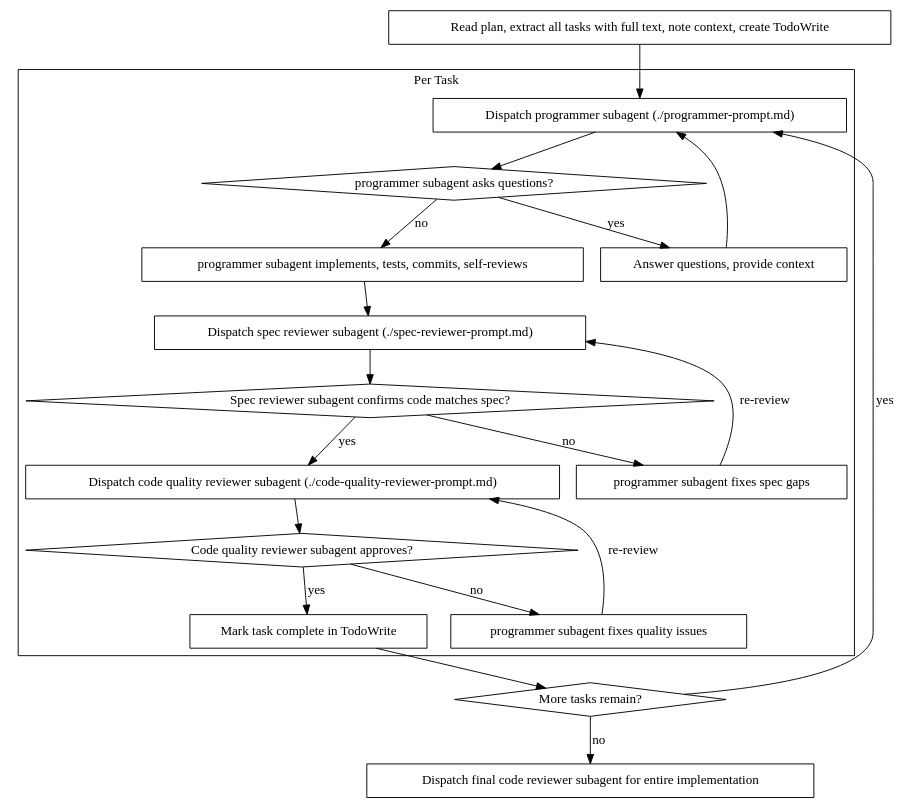
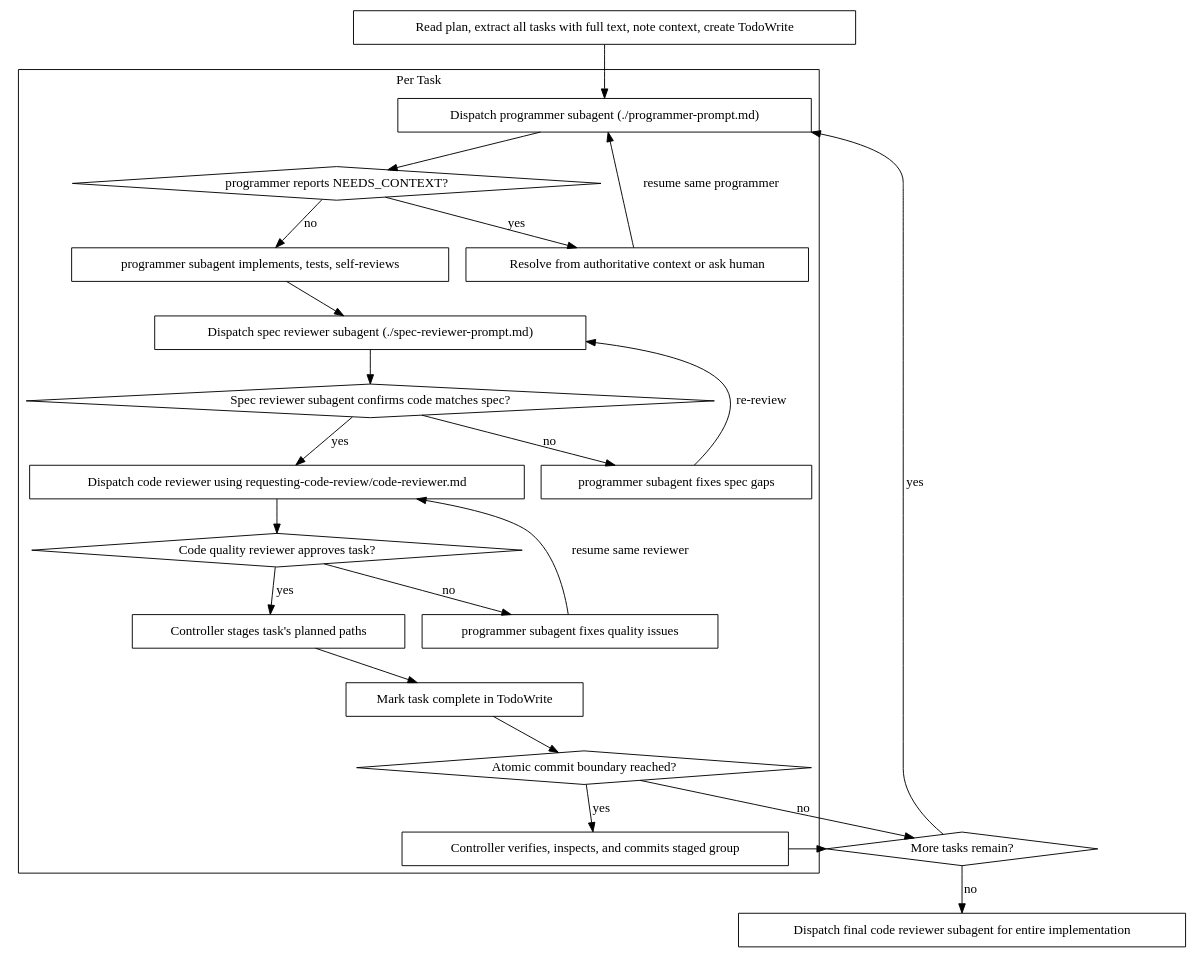
Before and after one commit to frap129/dotfiles: the second of 2 diagrams in .agents/skills/subagent-driven-development/SKILL.md, drawn with Graphviz. The commit also changed other lines of this file and 23 other files, not shown here.

Commit message:
feat(skills): Atomic commit handling in frokflow, realign to superpowers

````diff
--- a/.agents/skills/subagent-driven-development/SKILL.md
+++ b/.agents/skills/subagent-driven-development/SKILL.md
@@ -31,42 +31,49 @@
 ```dot
 digraph process {
     rankdir=TB;
 
     subgraph cluster_per_task {
         label="Per Task";
         "Dispatch programmer subagent (./programmer-prompt.md)" [shape=box];
-        "programmer subagent asks questions?" [shape=diamond];
-        "Answer questions, provide context" [shape=box];
-        "programmer subagent implements, tests, commits, self-reviews" [shape=box];
+        "programmer reports NEEDS_CONTEXT?" [shape=diamond];
+        "Resolve from authoritative context or ask human" [shape=box];
+        "programmer subagent implements, tests, self-reviews" [shape=box];
         "Dispatch spec reviewer subagent (./spec-reviewer-prompt.md)" [shape=box];
         "Spec reviewer subagent confirms code matches spec?" [shape=diamond];
         "programmer subagent fixes spec gaps" [shape=box];
-        "Dispatch code quality reviewer subagent (./code-quality-reviewer-prompt.md)" [shape=box];
-        "Code quality reviewer subagent approves?" [shape=diamond];
+        "Dispatch code reviewer using requesting-code-review/code-reviewer.md" [shape=box];
+        "Code quality reviewer approves task?" [shape=diamond];
         "programmer subagent fixes quality issues" [shape=box];
+        "Controller stages task's planned paths" [shape=box];
         "Mark task complete in TodoWrite" [shape=box];
+        "Atomic commit boundary reached?" [shape=diamond];
+        "Controller verifies, inspects, and commits staged group" [shape=box];
     }
 
     "Read plan, extract all tasks with full text, note context, create TodoWrite" [shape=box];
     "More tasks remain?" [shape=diamond];
     "Dispatch final code reviewer subagent for entire implementation" [shape=box];
 
     "Read plan, extract all tasks with full text, note context, create TodoWrite" -> "Dispatch programmer subagent (./programmer-prompt.md)";
-    "Dispatch programmer subagent (./programmer-prompt.md)" -> "programmer subagent asks questions?";
-    "programmer subagent asks questions?" -> "Answer questions, provide context" [label="yes"];
-    "Answer questions, provide context" -> "Dispatch programmer subagent (./programmer-prompt.md)";
-    "programmer subagent asks questions?" -> "programmer subagent implements, tests, commits, self-reviews" [label="no"];
-    "programmer subagent implements, tests, commits, self-reviews" -> "Dispatch spec reviewer subagent (./spec-reviewer-prompt.md)";
+    "Dispatch programmer subagent (./programmer-prompt.md)" -> "programmer reports NEEDS_CONTEXT?";
+    "programmer reports NEEDS_CONTEXT?" -> "Resolve from authoritative context or ask human" [label="yes"];
+    "Resolve from authoritative context or ask human" -> "Dispatch programmer subagent (./programmer-prompt.md)" [label="resume same programmer"];
+    "programmer reports NEEDS_CONTEXT?" -> "programmer subagent implements, tests, self-reviews" [label="no"];
+    "programmer subagent implements, tests, self-reviews" -> "Dispatch spec reviewer subagent (./spec-reviewer-prompt.md)";
     "Dispatch spec reviewer subagent (./spec-reviewer-prompt.md)" -> "Spec reviewer subagent confirms code matches spec?";
     "Spec reviewer subagent confirms code matches spec?" -> "programmer subagent fixes spec gaps" [label="no"];
     "programmer subagent fixes spec gaps" -> "Dispatch spec reviewer subagent (./spec-reviewer-prompt.md)" [label="re-review"];
-    "Spec reviewer subagent confirms code matches spec?" -> "Dispatch code quality reviewer subagent (./code-quality-reviewer-prompt.md)" [label="yes"];
-    "Dispatch code quality reviewer subagent (./code-quality-reviewer-prompt.md)" -> "Code quality reviewer subagent approves?";
-    "Code quality reviewer subagent approves?" -> "programmer subagent fixes quality issues" [label="no"];
-    "programmer subagent fixes quality issues" -> "Dispatch code quality reviewer subagent (./code-quality-reviewer-prompt.md)" [label="re-review"];
-    "Code quality reviewer subagent approves?" -> "Mark task complete in TodoWrite" [label="yes"];
-    "Mark task complete in TodoWrite" -> "More tasks remain?";
+    "Spec reviewer subagent confirms code matches spec?" -> "Dispatch code reviewer using requesting-code-review/code-reviewer.md" [label="yes"];
+    "Dispatch code reviewer using requesting-code-review/code-reviewer.md" -> "Code quality reviewer approves task?";
+    "Code quality reviewer approves task?" -> "programmer subagent fixes quality issues" [label="no"];
+    "programmer subagent fixes quality issues" -> "Dispatch code reviewer using requesting-code-review/code-reviewer.md" [label="resume same reviewer"];
+    "Code quality reviewer approves task?" -> "Controller stages task's planned paths" [label="yes"];
+    "Controller stages task's planned paths" -> "Mark task complete in TodoWrite";
+    "Mark task complete in TodoWrite" -> "Atomic commit boundary reached?";
+    "Atomic commit boundary reached?" -> "Controller verifies, inspects, and commits staged group" [label="yes"];
+    "Atomic commit boundary reached?" -> "More tasks remain?" [label="no"];
+    "Controller verifies, inspects, and commits staged group" -> "More tasks remain?";
     "More tasks remain?" -> "Dispatch programmer subagent (./programmer-prompt.md)" [label="yes"];
     "More tasks remain?" -> "Dispatch final code reviewer subagent for entire implementation" [label="no"];
 }
 ```
````
